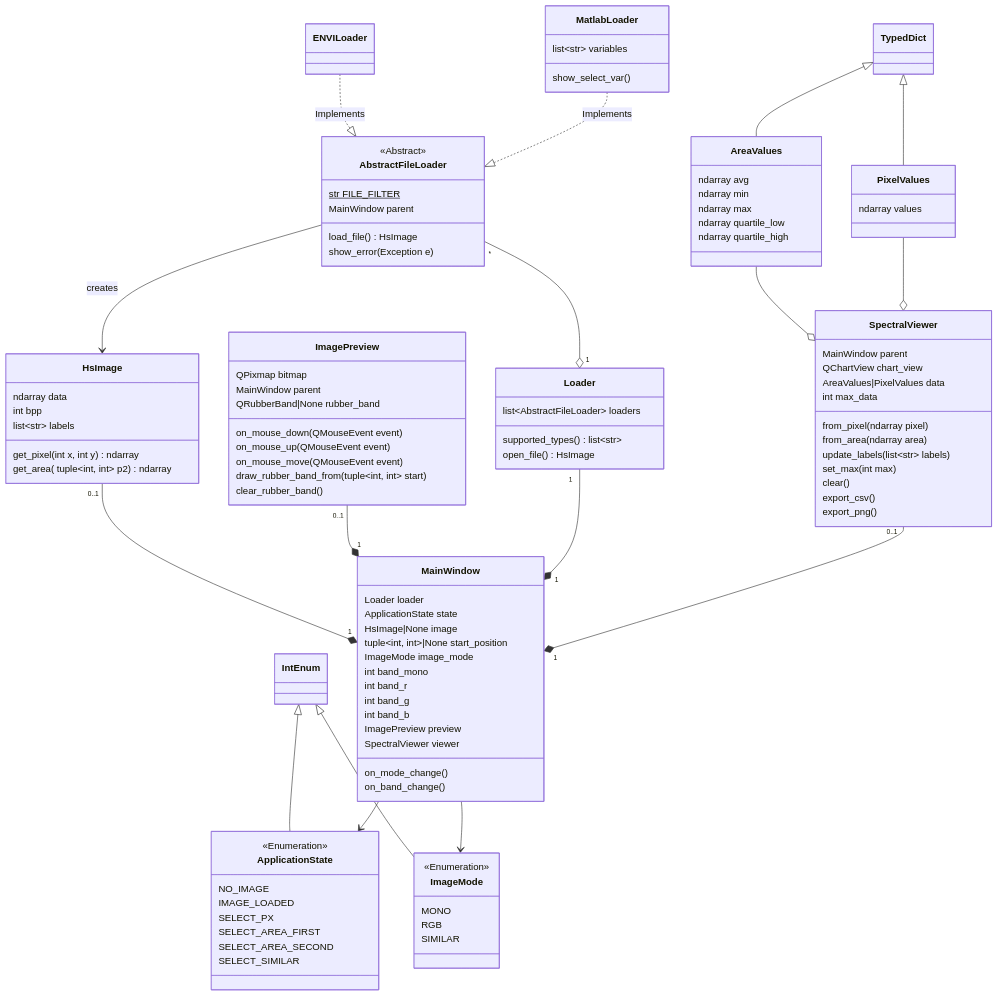
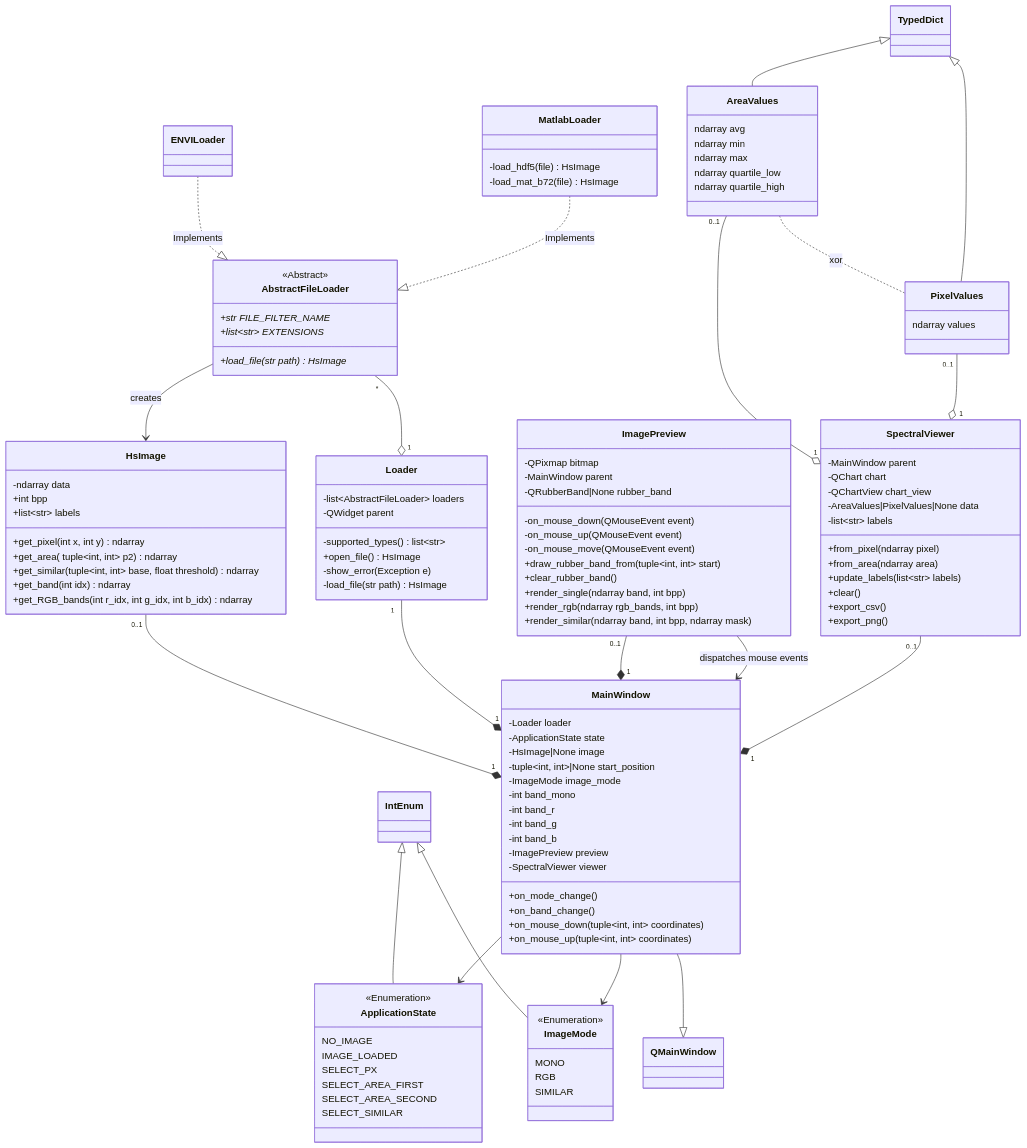
The first of 2 diagrams in software_design.md (POLSL-SA/docs), drawn with Mermaid before and after one commit. The commit also changed other lines of this file and 1 other file, not shown here.

Commit message:
Create class diagram

````diff
--- a/software_design.md
+++ b/software_design.md
@@ -43,17 +55,19 @@
 ```{.mermaid format=pdf}
 classDiagram
   class Loader {
-    list~AbstractFileLoader~ loaders
-    supported_types() list~str~
-    open_file() HsImage
+    -list~AbstractFileLoader~ loaders
+    -QWidget parent
+    -supported_types() list~str~
+    +open_file() HsImage
+    -show_error(Exception e)
+    -load_file(str path) HsImage
   }
 
   class AbstractFileLoader {
     <<Abstract>>
-    str FILE_FILTER$
-    MainWindow parent
-    load_file() HsImage
-    show_error(Exception e)
+    +str FILE_FILTER_NAME*
+    +list~str~ EXTENSIONS*
+    +load_file(str path)* HsImage
   }
 
   %% from enum import IntEnum
@@ -77,69 +91,81 @@
   IntEnum <|-- ImageMode
 
   class MainWindow {
-    Loader loader
-    ApplicationState state
-    HsImage|None image
-    tuple~int, int~|None start_position
-    ImageMode image_mode
-    int band_mono
-    int band_r
-    int band_g
-    int band_b
-    ImagePreview preview
-    SpectralViewer viewer
+    -Loader loader
+    -ApplicationState state
+    -HsImage|None image
+    -tuple~int, int~|None start_position
+    -ImageMode image_mode
+    -int band_mono
+    -int band_r
+    -int band_g
+    -int band_b
+    -ImagePreview preview
+    -SpectralViewer viewer
 
-    on_mode_change()
-    on_band_change()
+    +on_mode_change()
+    +on_band_change()
+    +on_mouse_down(tuple~int, int~ coordinates)
+    +on_mouse_up(tuple~int, int~ coordinates)
   }
   MainWindow --> ApplicationState
   MainWindow --> ImageMode
   HsImage "0..1" --* "1" MainWindow
+  Loader "1" --* "1" MainWindow
   ImagePreview "0..1" --* "1" MainWindow
-  Loader "1" --* "1" MainWindow
+  MainWindow --|> QMainWindow
 
   %% bpp = bits per pixel, usually 8 or 16
   %% labels should be a sequence 1..=N if not provided with data
   class HsImage {
-    ndarray data
-    int bpp
-    list~str~ labels
-    get_pixel(int x, int y) ndarray
-    get_area(tuple~int, int~ p1, tuple~int, int~ p2) ndarray
+    -ndarray data
+    +int bpp
+    +list~str~ labels
+    +get_pixel(int x, int y) ndarray
+    +get_area(tuple~int, int~ p1, tuple~int, int~ p2) ndarray
+    +get_similar(tuple~int, int~ base, float threshold) ndarray
+    +get_band(int idx) ndarray
+    +get_RGB_bands(int r_idx, int g_idx, int b_idx) ndarray
   }
 
   class ImagePreview {
-    QPixmap bitmap
-    MainWindow parent
-    QRubberBand|None rubber_band
-    on_mouse_down(QMouseEvent event)
-    on_mouse_up(QMouseEvent event)
-    on_mouse_move(QMouseEvent event)
-    draw_rubber_band_from(tuple~int, int~ start)
-    clear_rubber_band()
+    -QPixmap bitmap
+    -MainWindow parent
+    -QRubberBand|None rubber_band
+    -on_mouse_down(QMouseEvent event)
+    -on_mouse_up(QMouseEvent event)
+    -on_mouse_move(QMouseEvent event)
+    +draw_rubber_band_from(tuple~int, int~ start)
+    +clear_rubber_band()
+    +render_single(ndarray band, int bpp)
+    +render_rgb(ndarray rgb_bands, int bpp)
+    +render_similar(ndarray band, int bpp, ndarray mask)
   }
+  ImagePreview --> MainWindow : dispatches mouse events
 
   class MatlabLoader {
-    list~str~ variables
-    show_select_var()
+    -load_hdf5(file) HsImage
+    -load_mat_b72(file) HsImage
   }
 
   class SpectralViewer {
-    MainWindow parent
-    QChartView chart_view
-    AreaValues|PixelValues data
-    int max_data
-    from_pixel(ndarray pixel)
-    from_area(ndarray area)
-    update_labels(list~str~ labels)
-    set_max(int max)
-    clear()
-    export_csv()
-    export_png()
+    -MainWindow parent
+    -QChart chart
+    -QChartView chart_view
+    -AreaValues|PixelValues|None data
+    -list~str~ labels
+    +from_pixel(ndarray pixel)
+    +from_area(ndarray area)
+    +update_labels(list~str~ labels)
+    +clear()
+    +export_csv()
+    +export_png()
   }
   SpectralViewer "0..1" --* "1" MainWindow
-  AreaValues --o SpectralViewer
-  PixelValues --o SpectralViewer
+
+  AreaValues "0..1" --o "1" SpectralViewer
+  PixelValues "0..1" --o "1" SpectralViewer
+  AreaValues .. PixelValues : xor
 
   class AreaValues {
     ndarray avg
````
